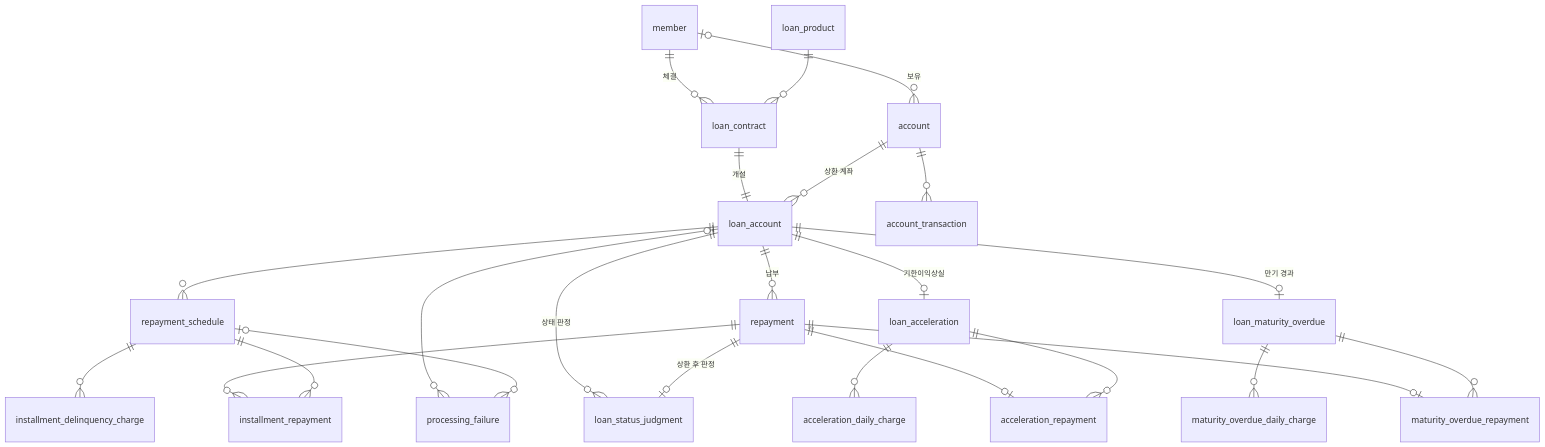
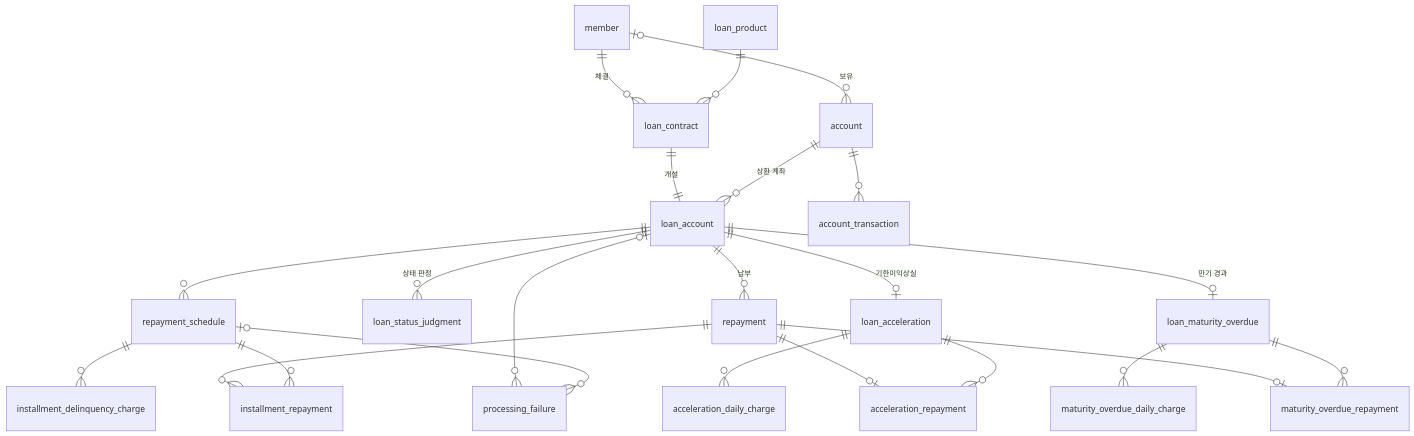
Before and after one commit to Loan-Repayment-System/repayment-backend: the diagram in docs/erd.md, drawn with Mermaid. The commit also changed other lines of this file and 5 other files, not shown here.

````diff
--- a/docs/erd.md
+++ b/docs/erd.md
@@ -41,26 +41,25 @@
 ```mermaid
 erDiagram
     member |o--o{ account : "보유"
     member ||--o{ loan_contract : "체결"
     loan_product ||--o{ loan_contract : ""
     loan_contract ||--|| loan_account : "개설"
     account ||--o{ loan_account : "상환 계좌"
     account ||--o{ account_transaction : ""
     loan_account ||--o{ repayment_schedule : ""
     loan_account ||--o{ loan_status_judgment : "상태 판정"
-    repayment ||--o| loan_status_judgment : "상환 후 판정"
     repayment_schedule ||--o{ installment_delinquency_charge : ""
     loan_account ||--o| loan_acceleration : "기한이익상실"
     loan_acceleration ||--o{ acceleration_daily_charge : ""
     loan_account ||--o| loan_maturity_overdue : "만기 경과"
     loan_maturity_overdue ||--o{ maturity_overdue_daily_charge : ""
     loan_account ||--o{ repayment : "납부"
     repayment ||--o{ installment_repayment : ""
     repayment_schedule ||--o{ installment_repayment : ""
     repayment ||--o| acceleration_repayment : ""
     loan_acceleration ||--o{ acceleration_repayment : ""
     repayment ||--o| maturity_overdue_repayment : ""
     loan_maturity_overdue ||--o{ maturity_overdue_repayment : ""
     loan_account |o--o{ processing_failure : ""
     repayment_schedule |o--o{ processing_failure : ""
 ```
````
